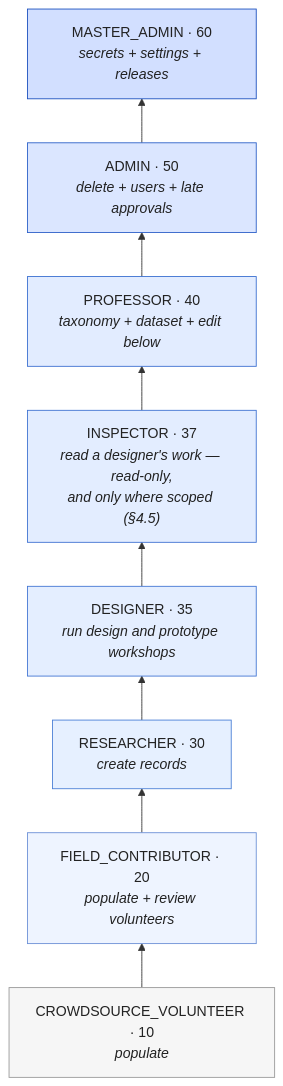
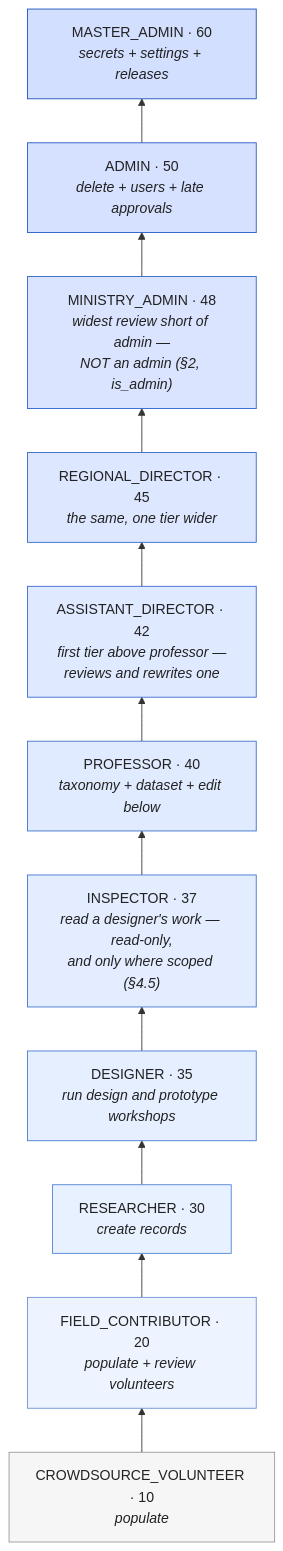
One commit to cxacraftecosystem-ui/designer-portal changed the first of 7 diagrams in docs/PERMISSIONS.md. Above: the diagram before and after it, drawn with Mermaid. The commit also changed other lines of this file and 165 other files, not shown here.

````diff
--- a/docs/PERMISSIONS.md
+++ b/docs/PERMISSIONS.md
@@ -22,22 +22,28 @@
 ```mermaid
 flowchart BT
   V["CROWDSOURCE_VOLUNTEER · 10<br/><i>populate</i>"]
   F["FIELD_CONTRIBUTOR · 20<br/><i>populate + review volunteers</i>"]
   R["RESEARCHER · 30<br/><i>create records</i>"]
   D["DESIGNER · 35<br/><i>run design and prototype workshops</i>"]
   I["INSPECTOR · 37<br/><i>read a designer's work — read-only,<br/>and only where scoped (§4.5)</i>"]
   P["PROFESSOR · 40<br/><i>taxonomy + dataset + edit below</i>"]
+  AD["ASSISTANT_DIRECTOR · 42<br/><i>first tier above professor —<br/>reviews and rewrites one</i>"]
+  RD["REGIONAL_DIRECTOR · 45<br/><i>the same, one tier wider</i>"]
+  MA["MINISTRY_ADMIN · 48<br/><i>widest review short of admin —<br/>NOT an admin (§2, is_admin)</i>"]
   A["ADMIN · 50<br/><i>delete + users + late approvals</i>"]
   M["MASTER_ADMIN · 60<br/><i>secrets + settings + releases</i>"]
 
-  V --> F --> R --> D --> I --> P --> A --> M
+  V --> F --> R --> D --> I --> P --> AD --> RD --> MA --> A --> M
 
   style V fill:#f6f6f6,stroke:#999,color:#222
   style F fill:#eef4ff,stroke:#6b8fd6,color:#222
-  style R fill:#e6f0ff,stroke:#4a7fd6,color:#222
-  style D fill:#e4eeff,stroke:#4276d3,color:#222
-  style I fill:#e3edff,stroke:#3e72d1,color:#222
-  style P fill:#e2ecff,stroke:#3a6fd0,color:#222
-  style A fill:#dbe6ff,stroke:#2a5fc8,color:#222
+  style R fill:#e8f1ff,stroke:#4f84d8,color:#222
+  style D fill:#e5efff,stroke:#4679d4,color:#222
+  style I fill:#e3edff,stroke:#4074d2,color:#222
+  style P fill:#e1ebff,stroke:#3b70d0,color:#222
+  style AD fill:#dfe9ff,stroke:#356bce,color:#222
+  style RD fill:#dde7ff,stroke:#3066cc,color:#222
+  style MA fill:#dae4ff,stroke:#2a61ca,color:#222
+  style A fill:#d6e1ff,stroke:#2358c6,color:#222
   style M fill:#d2dfff,stroke:#1a4fbe,color:#222
 ```
````
